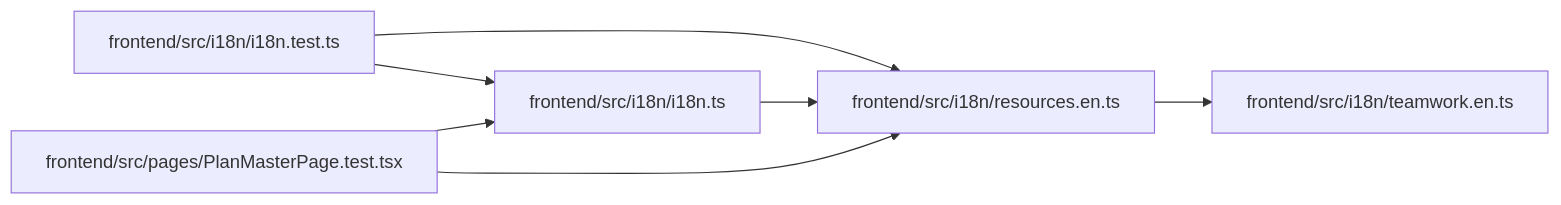
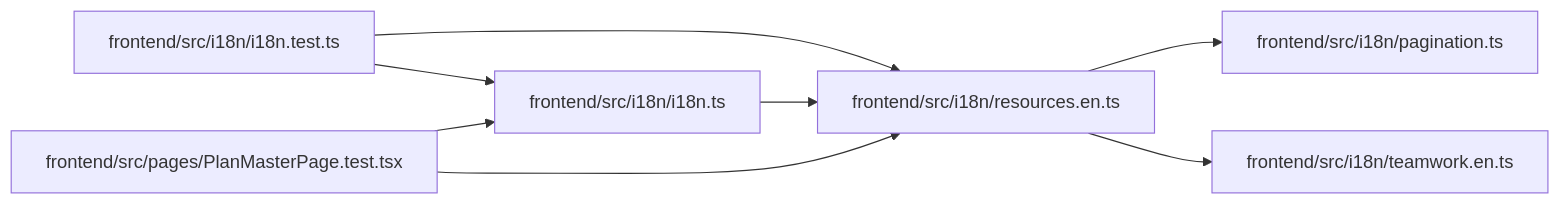
The diagram in docs/llm_wiki/modules/resources.en.md (Denissvgn/WorkChord), drawn with Mermaid before and after one commit. The commit also changed other lines of this file and 2509 other files, not shown here.

````diff
--- a/docs/llm_wiki/modules/resources.en.md
+++ b/docs/llm_wiki/modules/resources.en.md
@@ -25,19 +26,22 @@
 ```mermaid
 flowchart LR
     n0["frontend/src/i18n/i18n.test.ts"]
     n1["frontend/src/i18n/i18n.ts"]
-    n2["frontend/src/i18n/resources.en.ts"]
-    n3["frontend/src/i18n/teamwork.en.ts"]
-    n4["frontend/src/pages/PlanMasterPage.test.tsx"]
+    n2["frontend/src/i18n/pagination.ts"]
+    n3["frontend/src/i18n/resources.en.ts"]
+    n4["frontend/src/i18n/teamwork.en.ts"]
+    n5["frontend/src/pages/PlanMasterPage.test.tsx"]
     n0 --> n1
-    n0 --> n2
-    n1 --> n2
-    n2 --> n3
-    n4 --> n1
-    n4 --> n2
+    n0 --> n3
+    n1 --> n3
+    n3 --> n2
+    n3 --> n4
+    n5 --> n1
+    n5 --> n3
     click n0 "../modules/i18n.test.md"
     click n1 "../modules/i18n.md"
-    click n2 "../modules/resources.en.md"
-    click n3 "../modules/teamwork.en.md"
-    click n4 "../modules/PlanMasterPage.test.md"
+    click n2 "../modules/pagination.md"
+    click n3 "../modules/resources.en.md"
+    click n4 "../modules/teamwork.en.md"
+    click n5 "../modules/PlanMasterPage.test.md"
 ```
````
